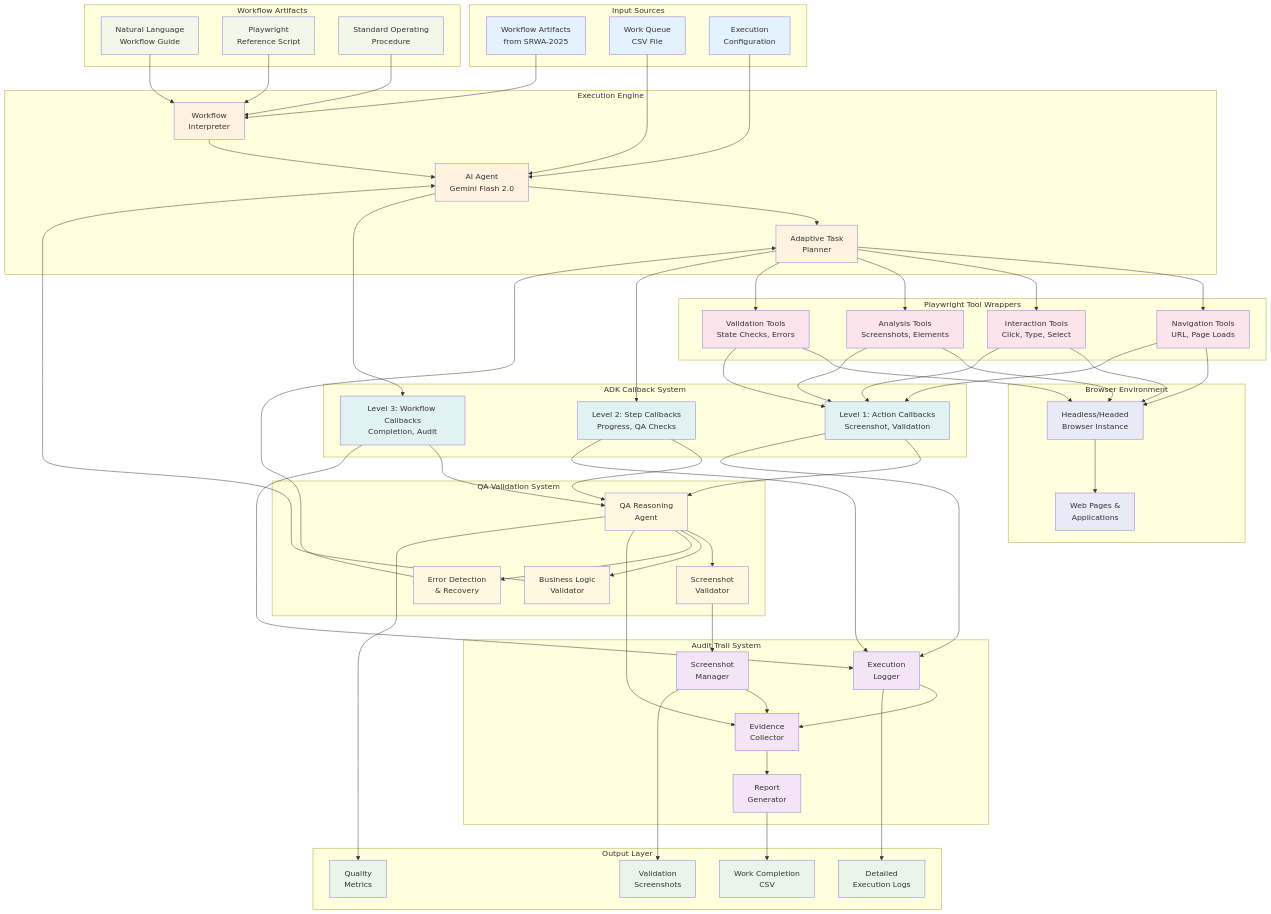
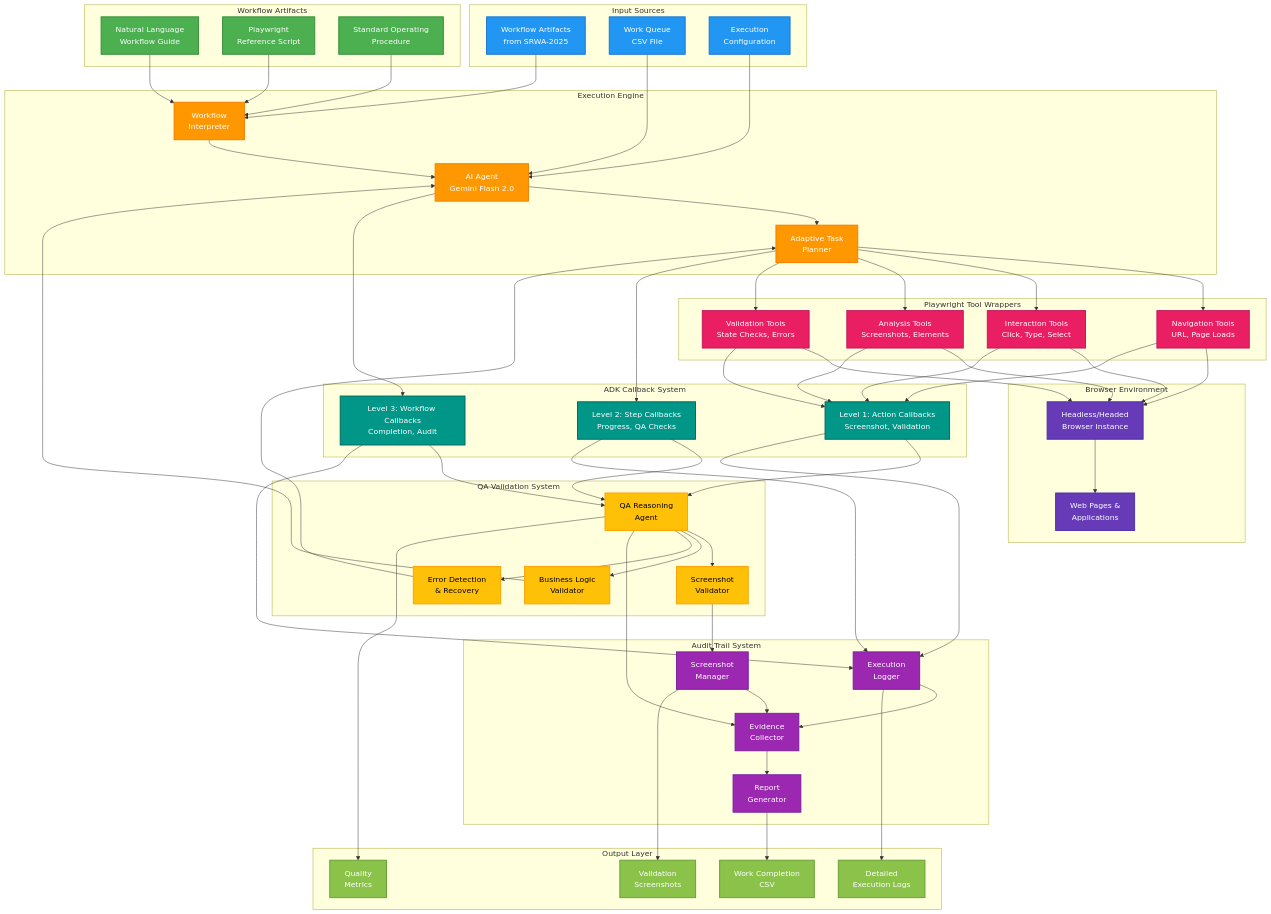
One commit to Alberto-Codes/agent-workflow-suite changed the diagram in docs/prds/02-workflow-execution-agent/assets/system-architecture.md. Above: the diagram before and after it, drawn with Mermaid. The commit also changed 5 other files, not shown here.

First line of the commit message:
docs(mermaid): update diagram styling for better dark theme compatibility

```diff
--- a/docs/prds/02-workflow-execution-agent/assets/system-architecture.md
+++ b/docs/prds/02-workflow-execution-agent/assets/system-architecture.md
@@ -132,16 +132,16 @@
     LOGGER --> LOGS
     QAA --> METRICS
 
-    %% Styling
-    classDef input fill:#e3f2fd
-    classDef artifacts fill:#f1f8e9
-    classDef execution fill:#fff3e0
-    classDef tools fill:#fce4ec
-    classDef browser fill:#e8eaf6
-    classDef callbacks fill:#e0f2f1
-    classDef qa fill:#fff8e1
-    classDef audit fill:#f3e5f5
-    classDef output fill:#e8f5e8
+    %% Styling for better dark/light theme compatibility
+    classDef input fill:#2196F3,stroke:#1976D2,stroke-width:2px,color:#ffffff
+    classDef artifacts fill:#4CAF50,stroke:#388E3C,stroke-width:2px,color:#ffffff
+    classDef execution fill:#FF9800,stroke:#F57C00,stroke-width:2px,color:#ffffff
+    classDef tools fill:#E91E63,stroke:#C2185B,stroke-width:2px,color:#ffffff
+    classDef browser fill:#673AB7,stroke:#512DA8,stroke-width:2px,color:#ffffff
+    classDef callbacks fill:#009688,stroke:#00695C,stroke-width:2px,color:#ffffff
+    classDef qa fill:#FFC107,stroke:#FFA000,stroke-width:2px,color:#000000
+    classDef audit fill:#9C27B0,stroke:#7B1FA2,stroke-width:2px,color:#ffffff
+    classDef output fill:#8BC34A,stroke:#689F38,stroke-width:2px,color:#ffffff
 
     class WA,CSV,CONFIG input
     class NLG,PSC,SOP artifacts
```
